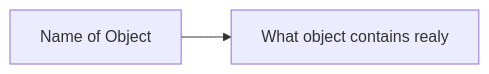
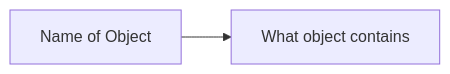
Before and after one commit to raffdoc/basic-r: the third of 3 diagrams in object-oriented-programming-language.qmd, drawn with Mermaid. The commit also changed other lines of this file and 10 other files, not shown here.

````diff
--- a/object-oriented-programming-language.qmd
+++ b/object-oriented-programming-language.qmd
@@ -51,4 +53,4 @@
 ```{mermaid}
 flowchart LR
-    Object[Name of Object] --> Container[What object contains realy]
+    Object[Name of Object] --> Container[What object contains]
 ```
````
